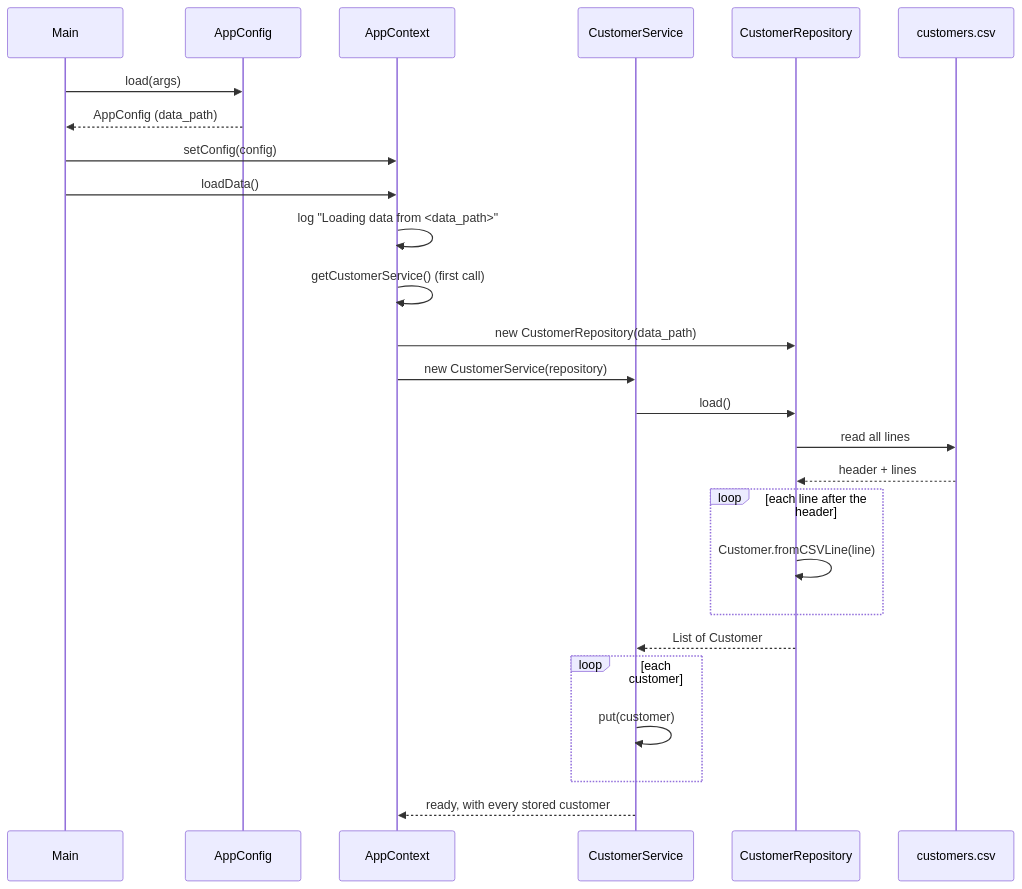
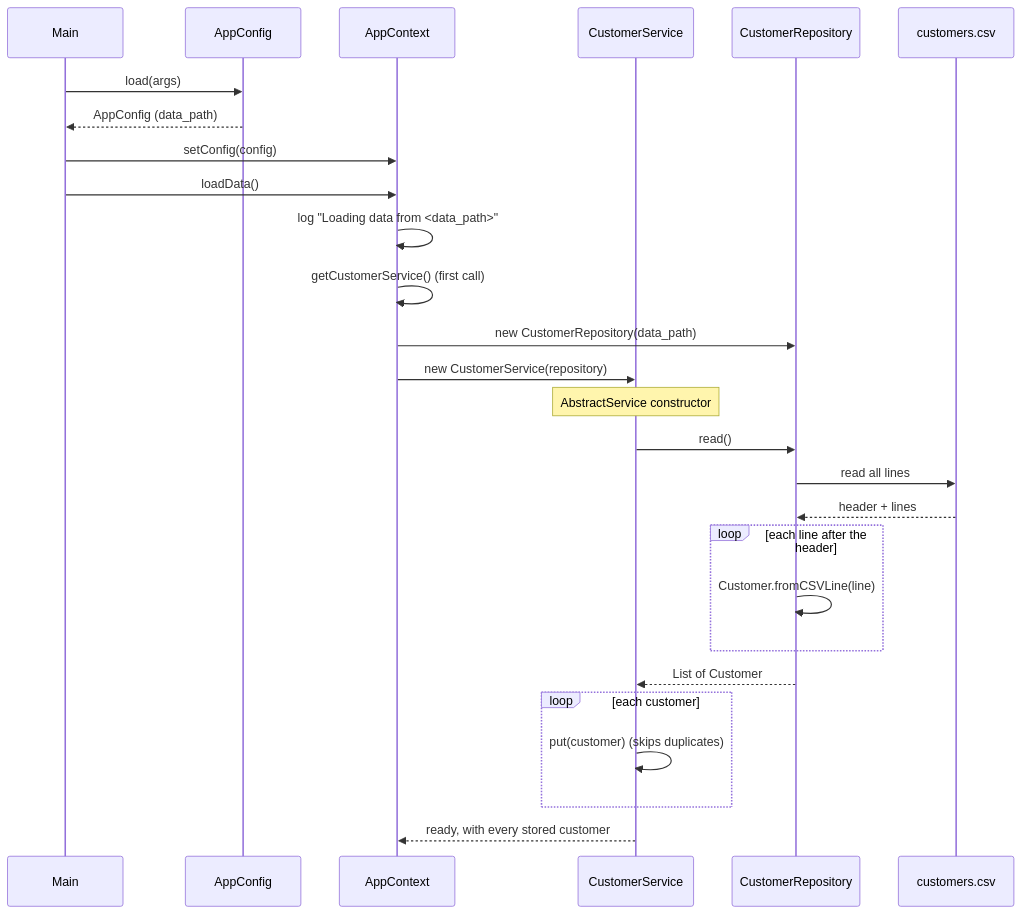
The first of 5 diagrams in docs/README.md (uvavalencia-cs2100/uva-blockbuster), drawn with Mermaid before and after one commit. The commit also changed other lines of this file and 13 other files, not shown here.

First line of the commit message:
Redesign the architecture (#36)

````diff
--- a/docs/README.md
+++ b/docs/README.md
@@ -125,29 +147,30 @@
 ```mermaid
 sequenceDiagram
     participant Main
     participant Config as AppConfig
     participant Ctx as AppContext
     participant Svc as CustomerService
     participant Repo as CustomerRepository
     participant File as customers.csv
 
     Main->>Config: load(args)
     Config-->>Main: AppConfig (data_path)
     Main->>Ctx: setConfig(config)
     Main->>Ctx: loadData()
     Ctx->>Ctx: log "Loading data from <data_path>"
     Ctx->>Ctx: getCustomerService() (first call)
     Ctx->>Repo: new CustomerRepository(data_path)
     Ctx->>Svc: new CustomerService(repository)
-    Svc->>Repo: load()
+    Note over Svc: AbstractService constructor
+    Svc->>Repo: read()
     Repo->>File: read all lines
     File-->>Repo: header + lines
     loop each line after the header
         Repo->>Repo: Customer.fromCSVLine(line)
     end
     Repo-->>Svc: List of Customer
     loop each customer
-        Svc->>Svc: put(customer)
+        Svc->>Svc: put(customer) (skips duplicates)
     end
     Svc-->>Ctx: ready, with every stored customer
 ```
````
